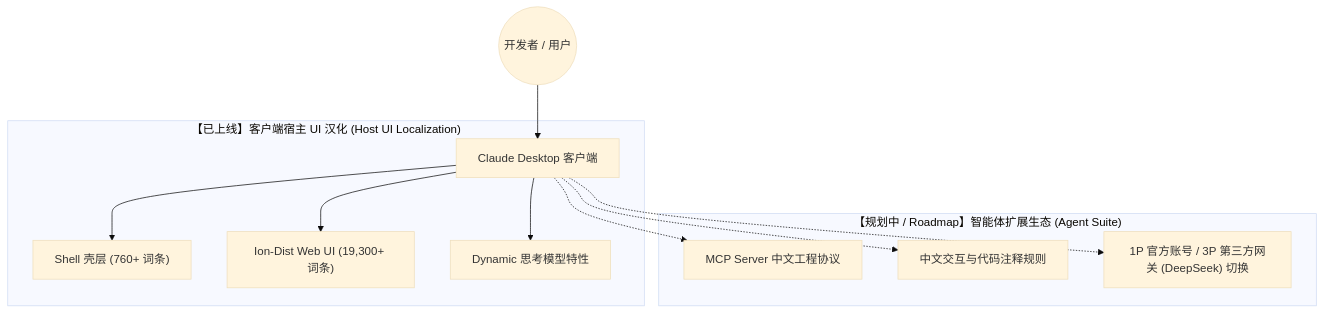
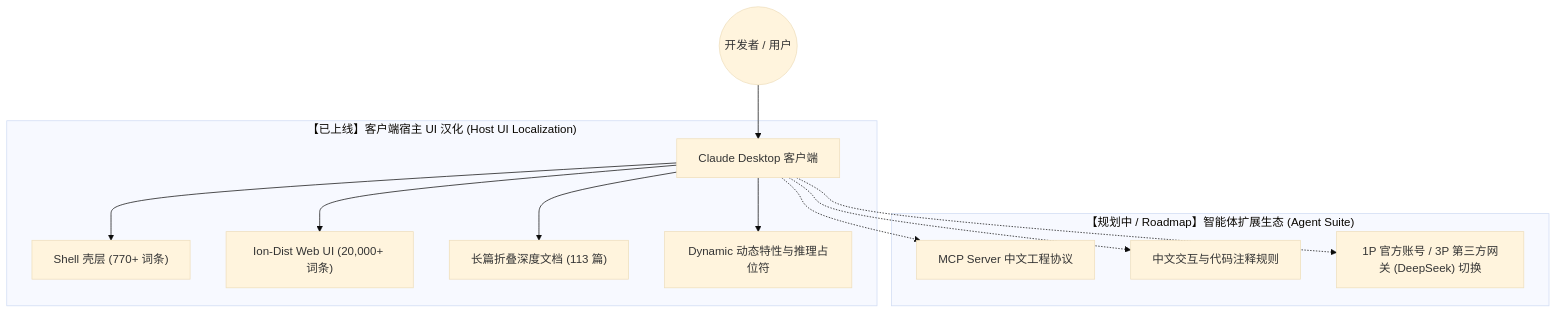
The first of 2 diagrams in README.md (yiheng8023/claude-chinese), drawn with Mermaid (base theme) before and after one commit. The commit also changed other lines of this file and 1 other file, not shown here.

Commit message:
docs: 全面精细对齐 v1.2.58 中英文 README 文档与架构特性

````diff
--- a/README.md
+++ b/README.md
@@ -39,16 +39,17 @@
 ```mermaid
 graph TD
     User((开发者 / 用户)) --> ClaudeApp[Claude Desktop 客户端]
     
     subgraph Mode1 ["【已上线】客户端宿主 UI 汉化 (Host UI Localization)"]
-        ClaudeApp --> ShellLayer["Shell 壳层 (760+ 词条)"]
-        ClaudeApp --> WebUILayer["Ion-Dist Web UI (19,300+ 词条)"]
-        ClaudeApp --> DynamicLayer["Dynamic 思考模型特性"]
+        ClaudeApp --> ShellLayer["Shell 壳层 (770+ 词条)"]
+        ClaudeApp --> WebUILayer["Ion-Dist Web UI (20,000+ 词条)"]
+        ClaudeApp --> LongDocsLayer["长篇折叠深度文档 (113 篇)"]
+        ClaudeApp --> DynamicLayer["Dynamic 动态特性与推理占位符"]
     end
     
     subgraph Mode2 ["【规划中 / Roadmap】智能体扩展生态 (Agent Suite)"]
         ClaudeApp -.-> MCP["MCP Server 中文工程协议"]
         ClaudeApp -.-> Rules["中文交互与代码注释规则"]
         ClaudeApp -.-> Switcher["1P 官方账号 / 3P 第三方网关 (DeepSeek) 切换"]
     end
 ```
````
